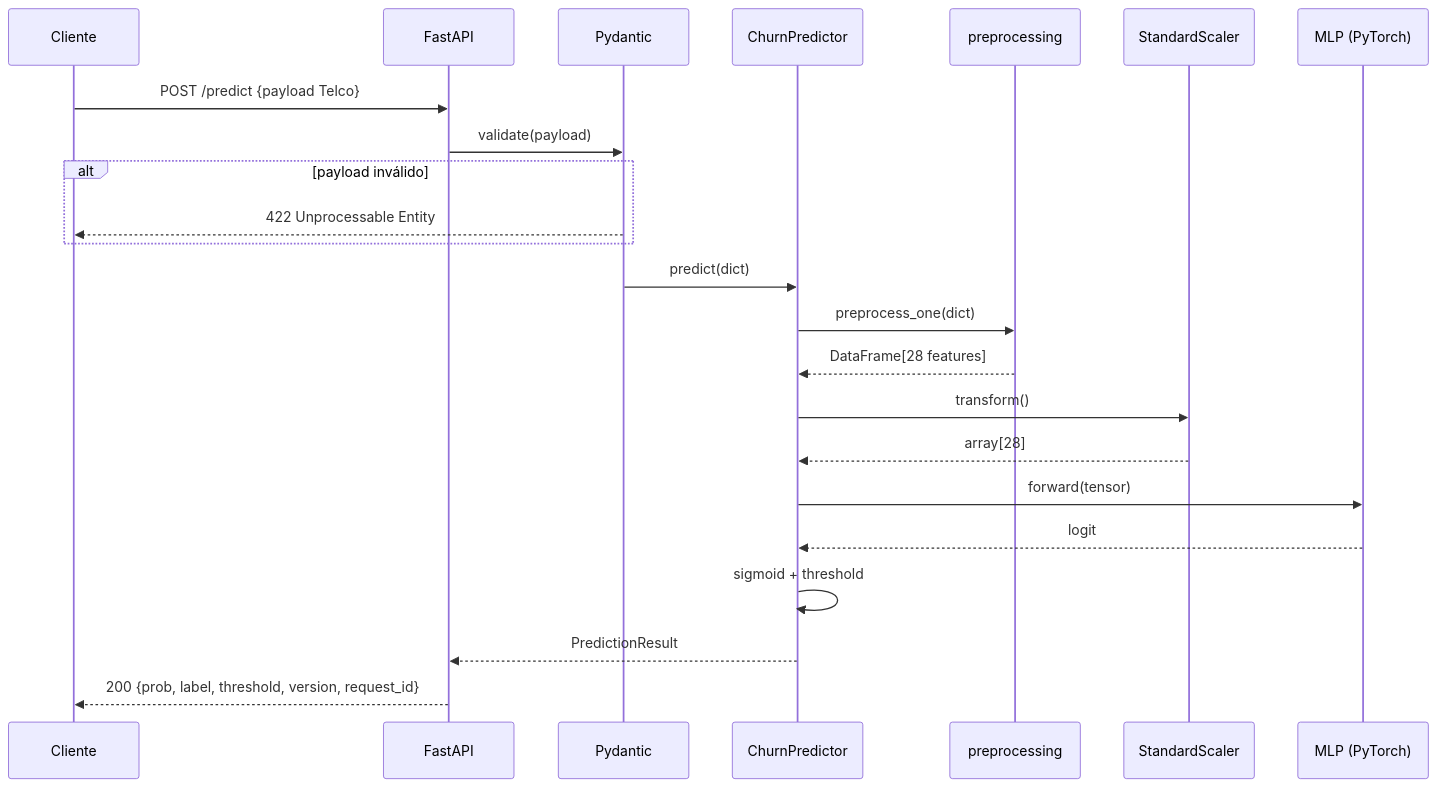
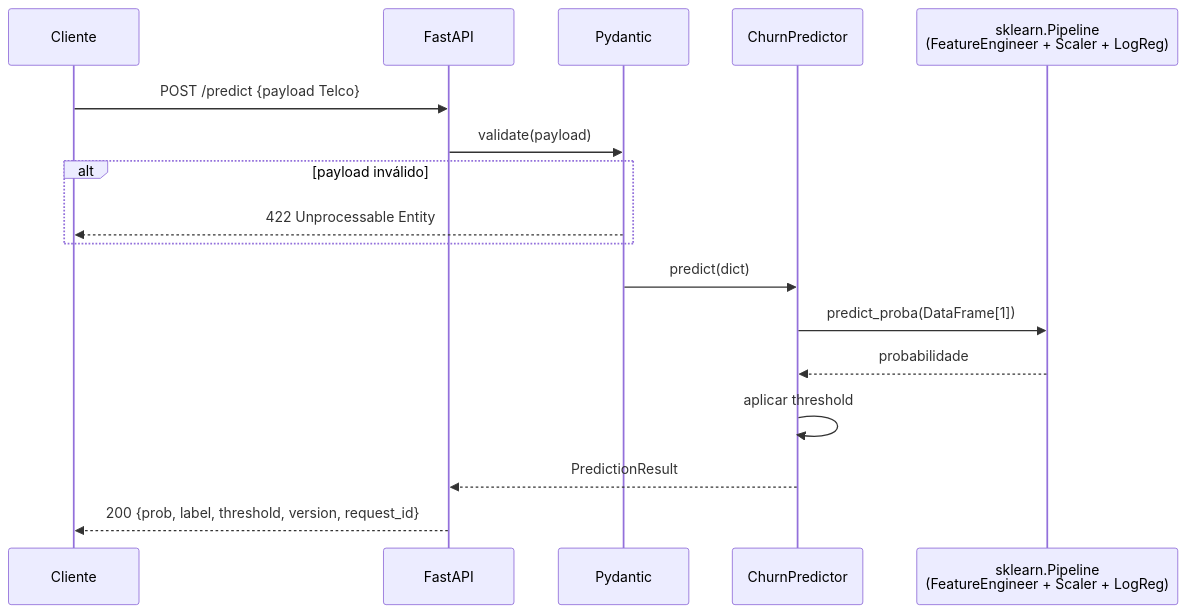
The second of 3 diagrams in docs/ARCHITECTURE_DEPLOY.md (JosueJNLui/fiap-mlet-challenge-fase-1), drawn with Mermaid before and after one commit. The commit also changed other lines of this file and 24 other files, not shown here.

````diff
--- a/docs/ARCHITECTURE_DEPLOY.md
+++ b/docs/ARCHITECTURE_DEPLOY.md
@@ -58,26 +58,20 @@
 ```mermaid
 sequenceDiagram
     participant C as Cliente
     participant API as FastAPI
     participant V as Pydantic
     participant P as ChurnPredictor
-    participant Pre as preprocessing
-    participant Sc as StandardScaler
-    participant M as MLP (PyTorch)
+    participant Pipe as sklearn.Pipeline<br/>(FeatureEngineer + Scaler + LogReg)
 
     C->>API: POST /predict {payload Telco}
     API->>V: validate(payload)
     alt payload inválido
         V-->>C: 422 Unprocessable Entity
     end
     V->>P: predict(dict)
-    P->>Pre: preprocess_one(dict)
-    Pre-->>P: DataFrame[28 features]
-    P->>Sc: transform()
-    Sc-->>P: array[28]
-    P->>M: forward(tensor)
-    M-->>P: logit
-    P->>P: sigmoid + threshold
+    P->>Pipe: predict_proba(DataFrame[1])
+    Pipe-->>P: probabilidade
+    P->>P: aplicar threshold
     P-->>API: PredictionResult
     API-->>C: 200 {prob, label, threshold, version, request_id}
 ```
````
